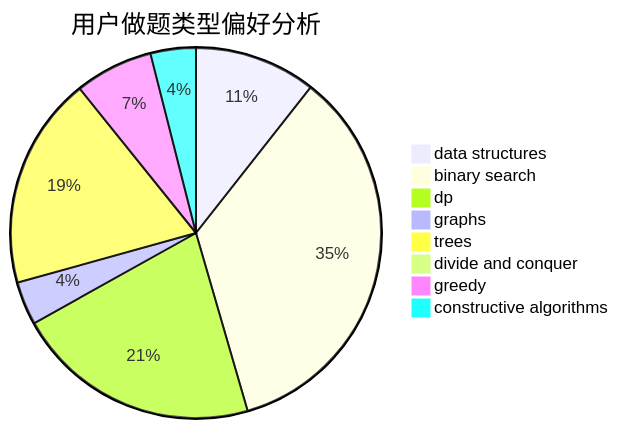
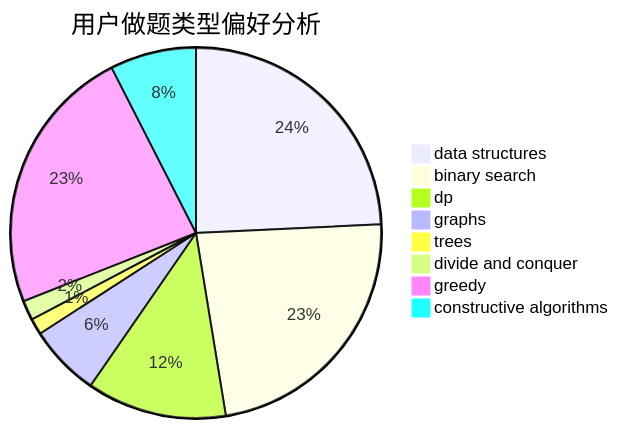
Before and after one commit to sherpahu/cfrs.github.io: the second of 3 diagrams in docs/user/u2215.md, drawn with Mermaid. The commit also changed other lines of this file and 2770 other files, not shown here.

````diff
--- a/docs/user/u2215.md
+++ b/docs/user/u2215.md
@@ -23,11 +23,11 @@
 ```mermaid
 pie title 用户做题类型偏好分析
-    "data structures" :  59
-    "binary search" :  194
-    "dp" :  119
-    "graphs" :  21
-    "trees" :  103
-    "divide and conquer" :  0
-    "greedy" :  38
-    "constructive algorithms" :  22
+    "data structures" :  155
+    "binary search" :  148
+    "dp" :  78
+    "graphs" :  40
+    "trees" :  9
+    "divide and conquer" :  11
+    "greedy" :  150
+    "constructive algorithms" :  48
 ```
````
